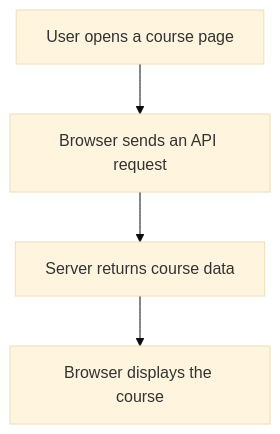
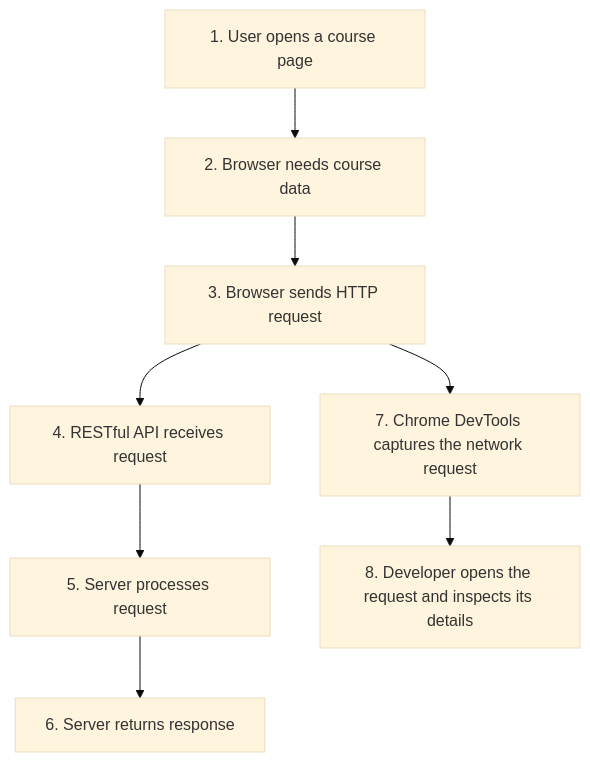
Before and after one commit to reltronersk/skill-wanderer-progress-documentation: the third of 6 diagrams in module-0-1/README.md, drawn with Mermaid (base theme). The commit also changed other lines of this file, not shown here.

````diff
--- a/module-0-1/README.md
+++ b/module-0-1/README.md
@@ -323,6 +278,14 @@
 ```mermaid
 flowchart TD
-    A[User opens a course page] --> B[Browser sends an API request]
-    B --> C[Server returns course data]
-    C --> D[Browser displays the course]
+    A[1. User opens a course page]
+    B[2. Browser needs course data]
+    C[3. Browser sends HTTP request]
+    D[4. RESTful API receives request]
+    E[5. Server processes request]
+    F[6. Server returns response]
+    G[7. Chrome DevTools captures the network request]
+    H[8. Developer opens the request and inspects its details]
+
+    A --> B --> C --> D --> E --> F
+    C --> G --> H
 ```
````
